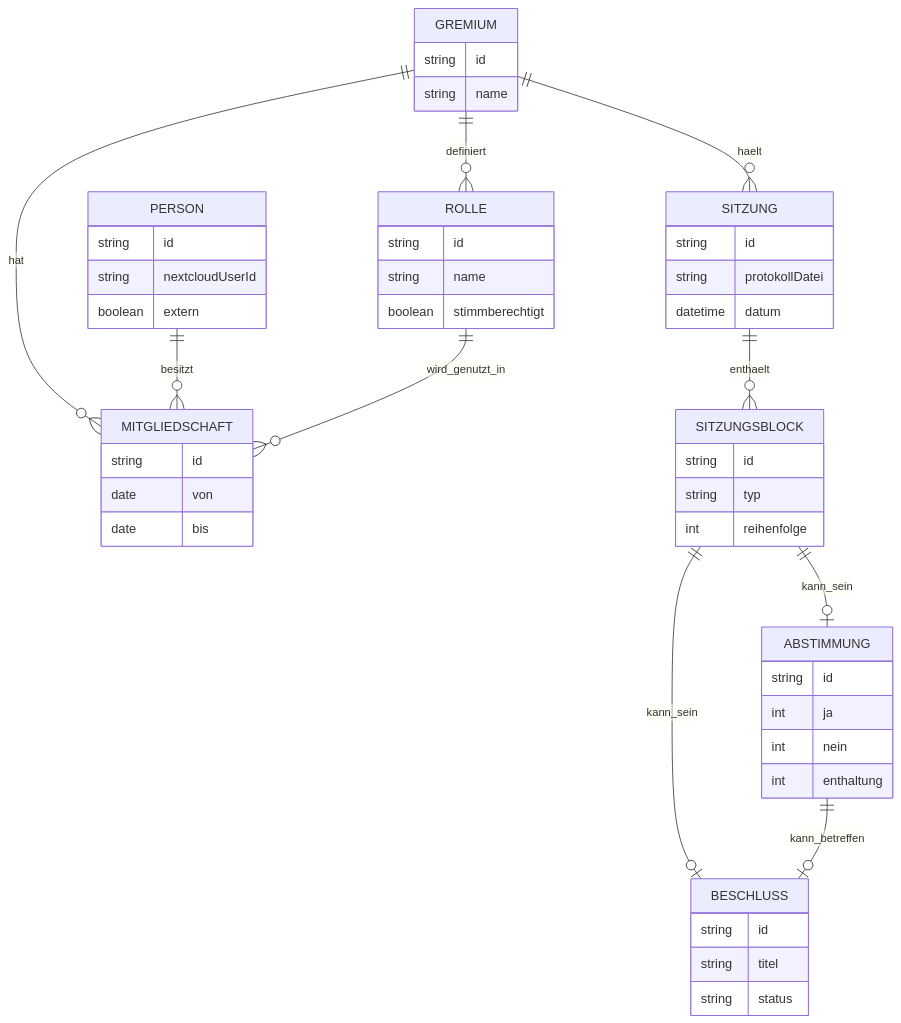
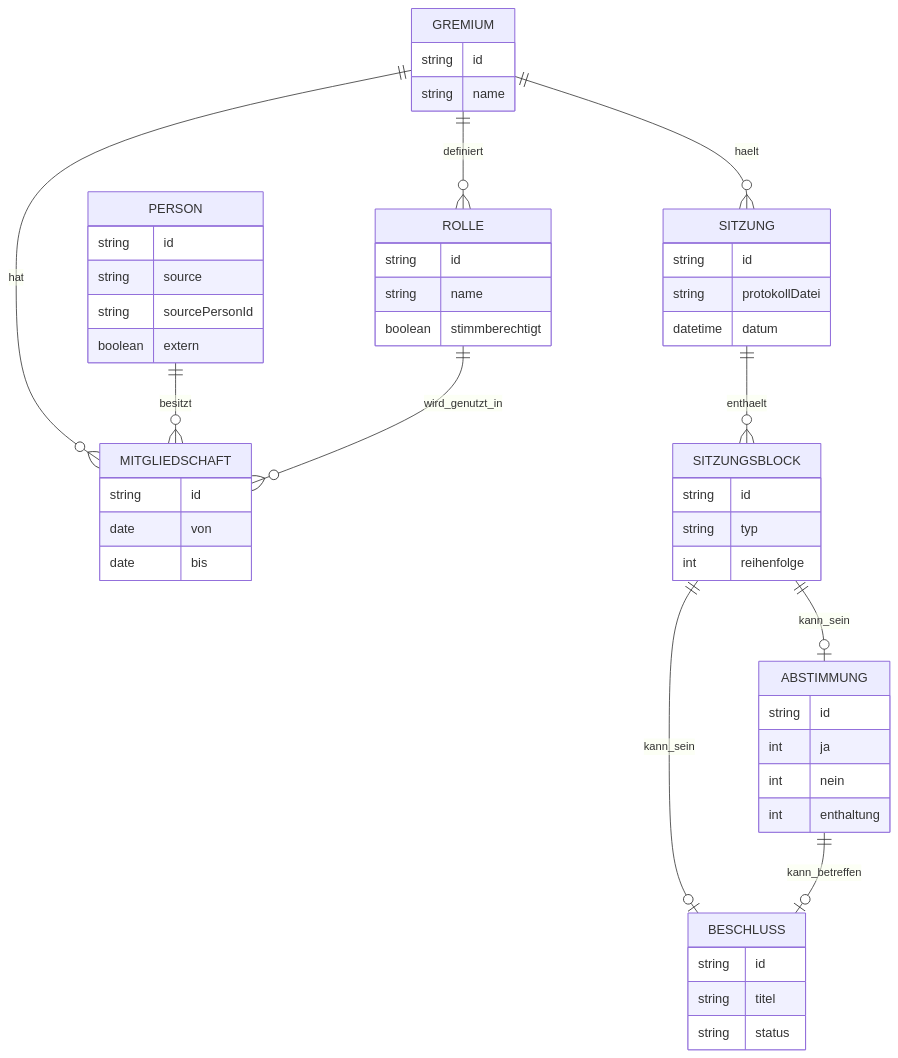
One commit to dergabriel/nextcloud-protokolle changed the second of 5 diagrams in ARCHITECTURE.md. Above: the diagram before and after it, drawn with Mermaid. The commit also changed other lines of this file and 1 other file, not shown here.

Commit message:
docs: document pluggable person sources

````diff
--- a/ARCHITECTURE.md
+++ b/ARCHITECTURE.md
@@ -76,60 +80,61 @@
 ```mermaid
 erDiagram
     GREMIUM ||--o{ ROLLE : definiert
     GREMIUM ||--o{ MITGLIEDSCHAFT : hat
     PERSON ||--o{ MITGLIEDSCHAFT : besitzt
     ROLLE ||--o{ MITGLIEDSCHAFT : wird_genutzt_in
     GREMIUM ||--o{ SITZUNG : haelt
     SITZUNG ||--o{ SITZUNGSBLOCK : enthaelt
     SITZUNGSBLOCK ||--o| BESCHLUSS : kann_sein
     SITZUNGSBLOCK ||--o| ABSTIMMUNG : kann_sein
     ABSTIMMUNG ||--o| BESCHLUSS : kann_betreffen
 
     GREMIUM {
         string id
         string name
     }
 
     PERSON {
         string id
-        string nextcloudUserId
+        string source
+        string sourcePersonId
         boolean extern
     }
 
     ROLLE {
         string id
         string name
         boolean stimmberechtigt
     }
 
     MITGLIEDSCHAFT {
         string id
         date von
         date bis
     }
 
     SITZUNG {
         string id
         string protokollDatei
         datetime datum
     }
 
     SITZUNGSBLOCK {
         string id
         string typ
         int reihenfolge
     }
 
     BESCHLUSS {
         string id
         string titel
         string status
     }
 
     ABSTIMMUNG {
         string id
         int ja
         int nein
         int enthaltung
     }
 ```
````
